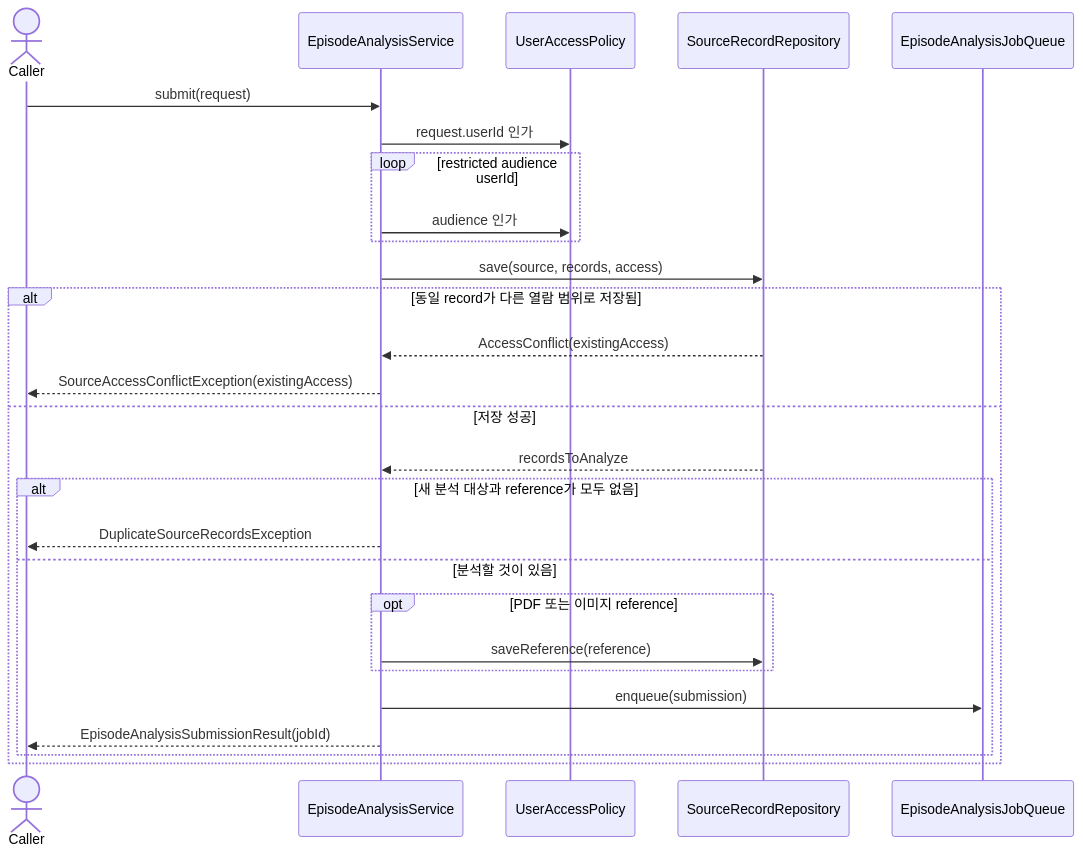
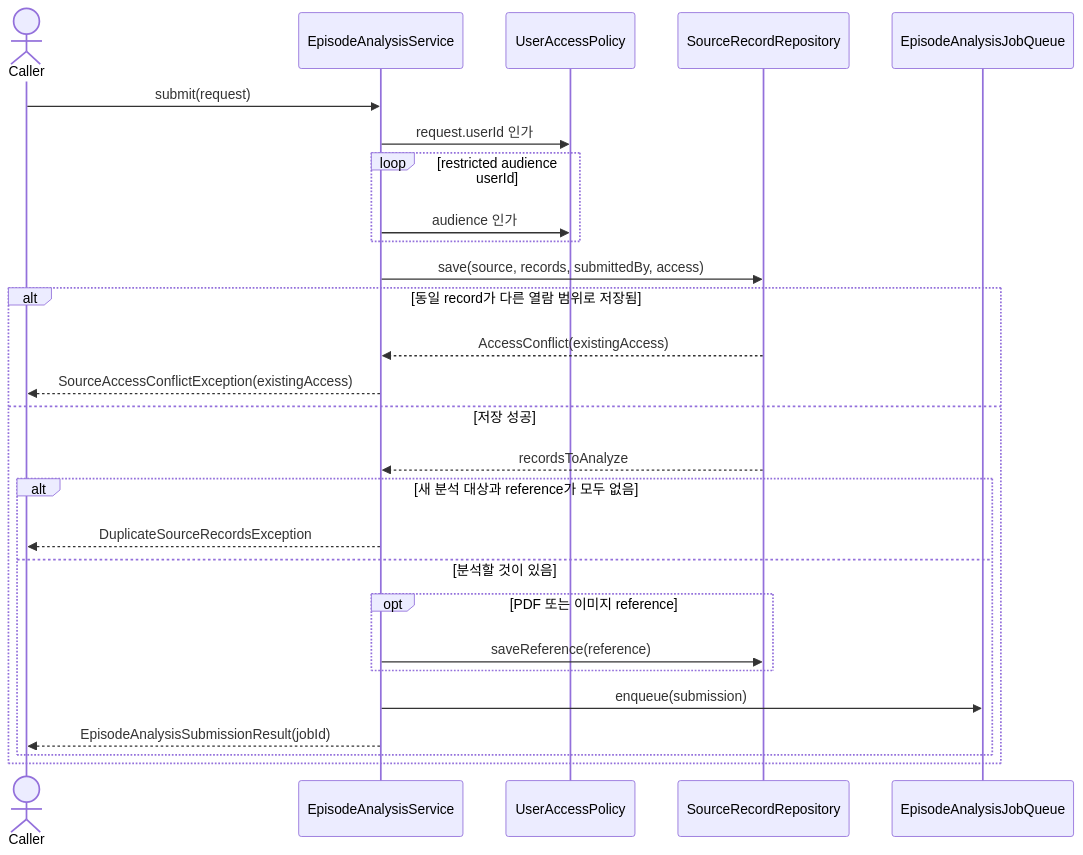
The first of 2 diagrams in application/src/main/kotlin/com/homeassistant/application/usecase/memoryextraction/episode/README.md (magenta1223/home_assistant), drawn with Mermaid before and after one commit. The commit also changed other lines of this file and 44 other files, not shown here.

Commit message:
feat: Extract Episodes in the xMemory update from stored source records

````diff
--- a/application/src/main/kotlin/com/homeassistant/application/usecase/memoryextraction/episode/README.md
+++ b/application/src/main/kotlin/com/homeassistant/application/usecase/memoryextraction/episode/README.md
@@ -22,30 +23,30 @@
 ```mermaid
 sequenceDiagram
     actor Caller
     participant Analysis as EpisodeAnalysisService
     participant Access as UserAccessPolicy
     participant Sources as SourceRecordRepository
     participant Jobs as EpisodeAnalysisJobQueue
 
     Caller->>Analysis: submit(request)
     Analysis->>Access: request.userId 인가
     loop restricted audience userId
         Analysis->>Access: audience 인가
     end
-    Analysis->>Sources: save(source, records, access)
+    Analysis->>Sources: save(source, records, submittedBy, access)
     alt 동일 record가 다른 열람 범위로 저장됨
         Sources-->>Analysis: AccessConflict(existingAccess)
         Analysis-->>Caller: SourceAccessConflictException(existingAccess)
     else 저장 성공
         Sources-->>Analysis: recordsToAnalyze
         alt 새 분석 대상과 reference가 모두 없음
             Analysis-->>Caller: DuplicateSourceRecordsException
         else 분석할 것이 있음
             opt PDF 또는 이미지 reference
                 Analysis->>Sources: saveReference(reference)
             end
             Analysis->>Jobs: enqueue(submission)
             Analysis-->>Caller: EpisodeAnalysisSubmissionResult(jobId)
         end
     end
 ```
````
